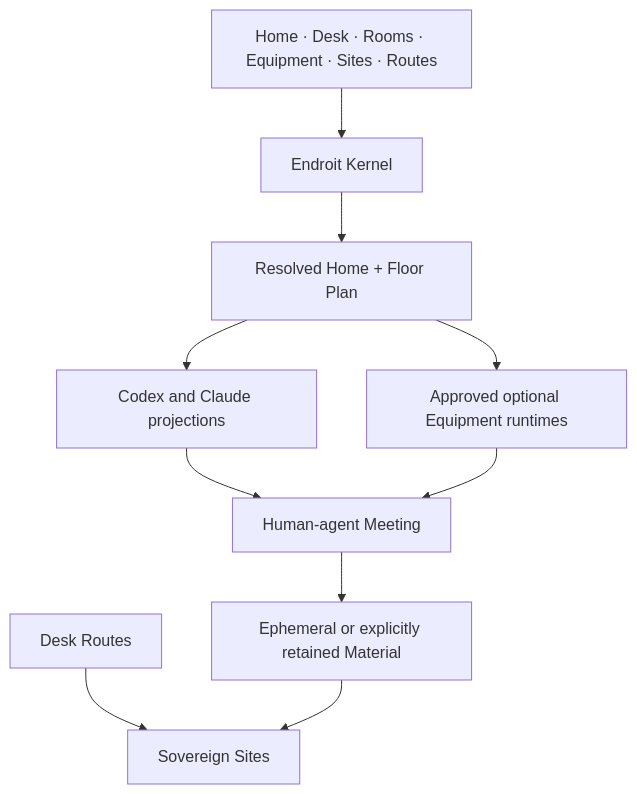
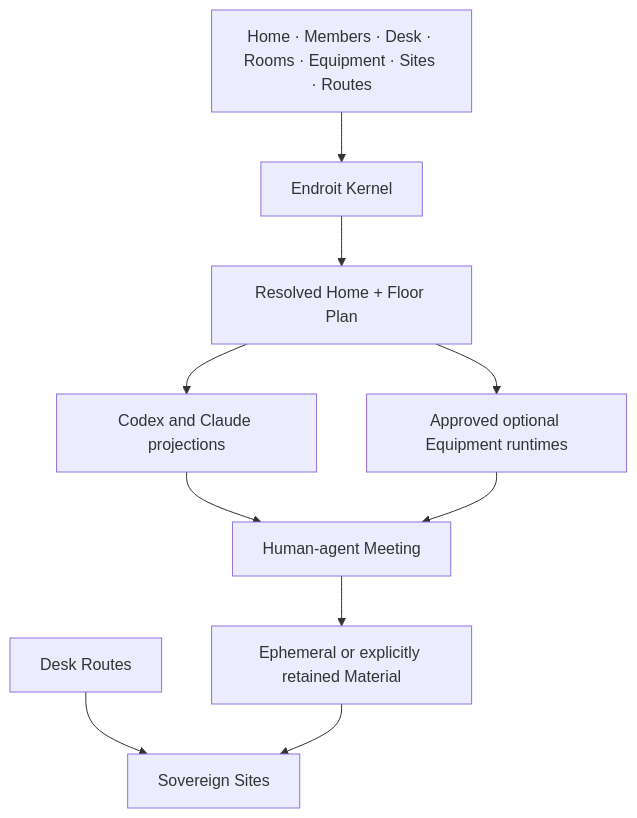
The diagram in docs/architecture.md (thevzion/endroit), drawn with Mermaid before and after one commit. The commit also changed other lines of this file and 9 other files, not shown here.

Commit message:
docs: publish the 0.8 baseline and roadmap

````diff
--- a/docs/architecture.md
+++ b/docs/architecture.md
@@ -8,12 +8,12 @@
 ```mermaid
 flowchart TD
-  sources["Home · Desk · Rooms · Equipment · Sites · Routes"] --> kernel["Endroit Kernel"]
+  sources["Home · Members · Desk · Rooms · Equipment · Sites · Routes"] --> kernel["Endroit Kernel"]
   kernel --> plan["Resolved Home + Floor Plan"]
   plan --> projections["Codex and Claude projections"]
   plan --> runtime["Approved optional Equipment runtimes"]
   desk["Desk Routes"] --> sites["Sovereign Sites"]
   projections --> meeting["Human-agent Meeting"]
   runtime --> meeting
   meeting --> material["Ephemeral or explicitly retained Material"]
   material --> sites
 ```
````
